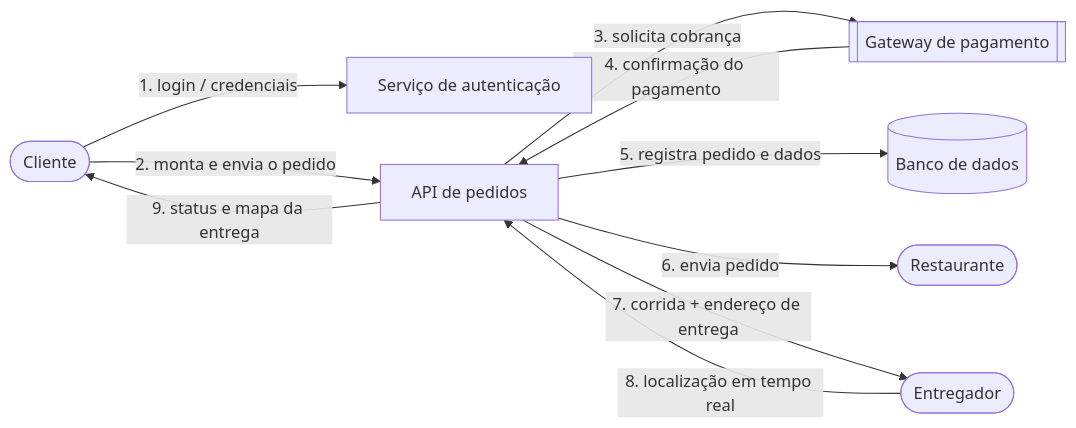
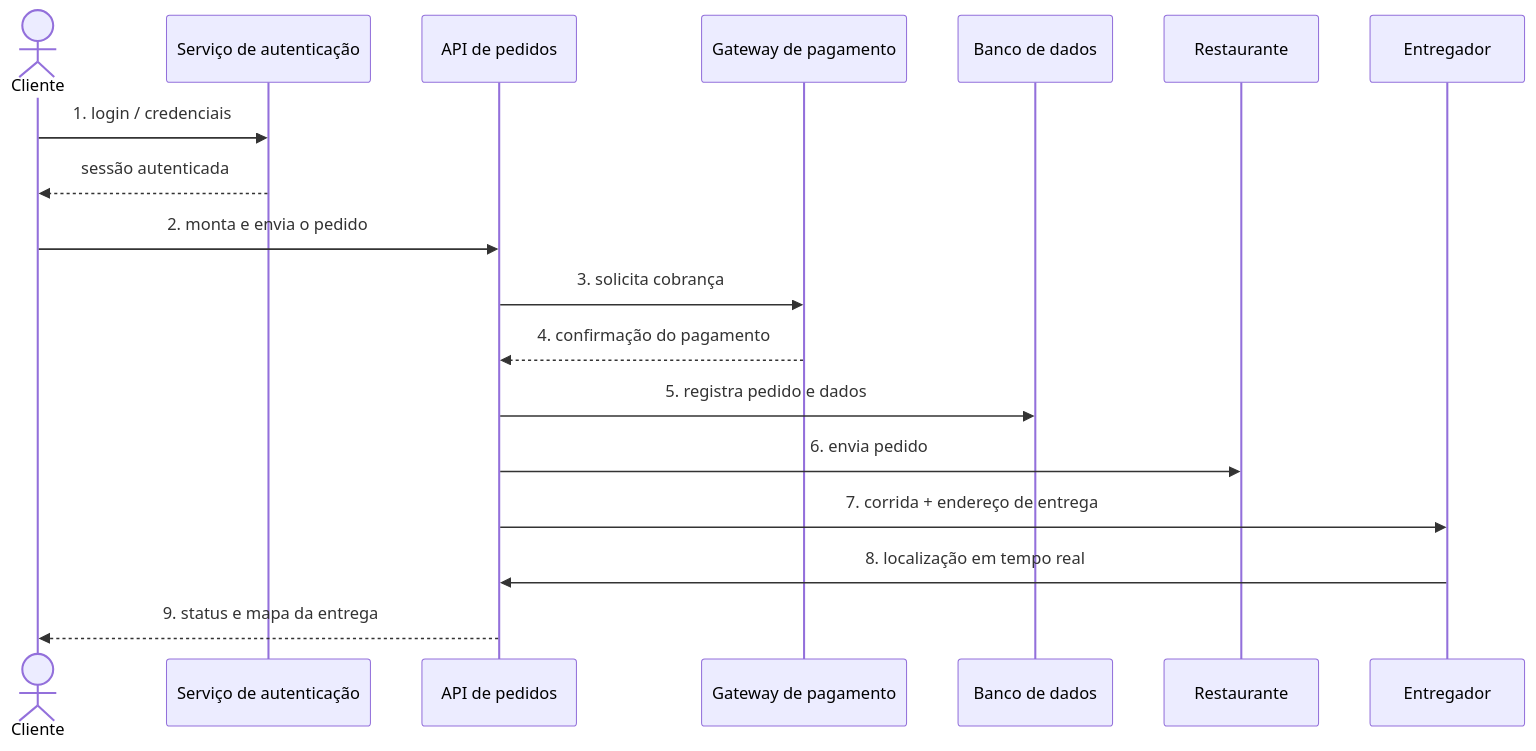
The diagram in diagramas/diagrama-fluxo-de-dados.md (corazon261/ES_seguro_EAD), drawn with Mermaid before and after one commit. The commit also changed other lines of this file and 3 other files, not shown here.

Commit message:
Melhora diagrama de fluxo (sequencia) e adiciona imagens PNG dos diagramas em imagens/

````diff
--- a/diagramas/diagrama-fluxo-de-dados.md
+++ b/diagramas/diagrama-fluxo-de-dados.md
@@ -6,20 +7,21 @@
 ```mermaid
-flowchart LR
-    Cliente([Cliente])
-    Restaurante([Restaurante])
-    Entregador([Entregador])
-    Auth[Serviço de autenticação]
-    API[API de pedidos]
-    Pag[[Gateway de pagamento]]
-    DB[(Banco de dados)]
+sequenceDiagram
+    actor Cliente
+    participant Auth as Serviço de autenticação
+    participant API as API de pedidos
+    participant Pag as Gateway de pagamento
+    participant DB as Banco de dados
+    participant Restaurante
+    participant Entregador
 
-    Cliente -->|1. login / credenciais| Auth
-    Cliente -->|2. monta e envia o pedido| API
-    API -->|3. solicita cobrança| Pag
-    Pag -->|4. confirmação do pagamento| API
-    API -->|5. registra pedido e dados| DB
-    API -->|6. envia pedido| Restaurante
-    API -->|7. corrida + endereço de entrega| Entregador
-    Entregador -->|8. localização em tempo real| API
-    API -->|9. status e mapa da entrega| Cliente
+    Cliente->>Auth: 1. login / credenciais
+    Auth-->>Cliente: sessão autenticada
+    Cliente->>API: 2. monta e envia o pedido
+    API->>Pag: 3. solicita cobrança
+    Pag-->>API: 4. confirmação do pagamento
+    API->>DB: 5. registra pedido e dados
+    API->>Restaurante: 6. envia pedido
+    API->>Entregador: 7. corrida + endereço de entrega
+    Entregador->>API: 8. localização em tempo real
+    API-->>Cliente: 9. status e mapa da entrega
 ```
````
